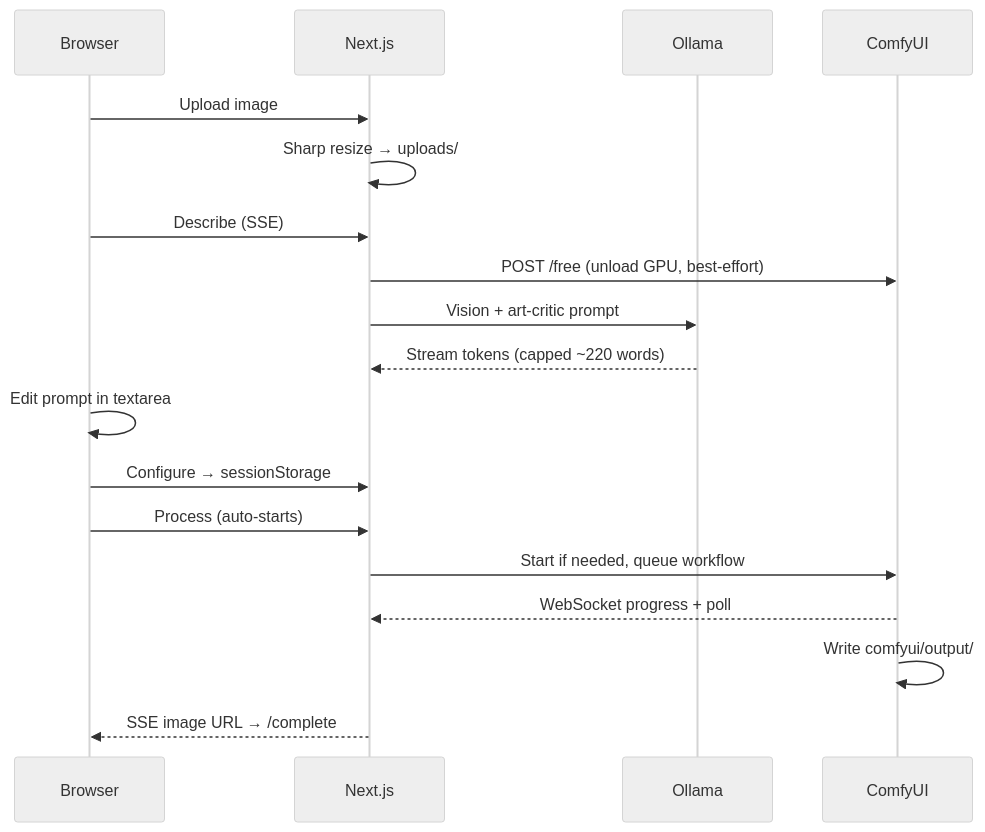
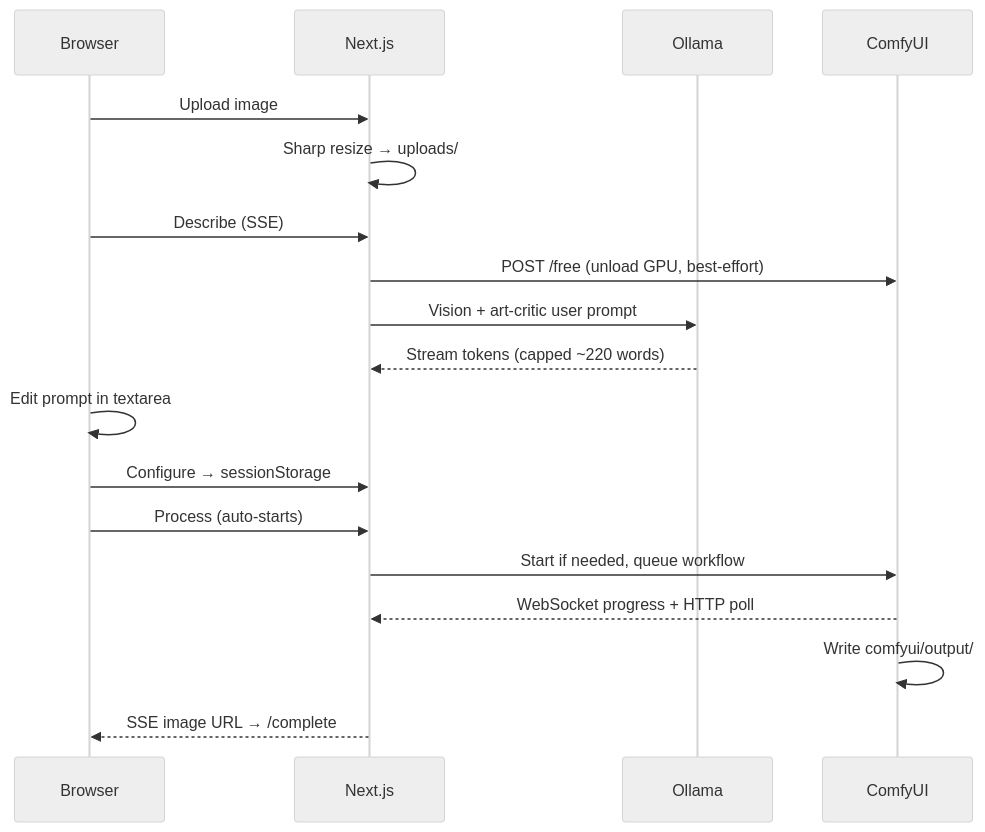
Before and after one commit to johnnaumann/anthroposcenic_001: the first of 2 diagrams in docs/architecture.md, drawn with Mermaid (neutral theme). The commit also changed other lines of this file and 19 other files, not shown here.

````diff
--- a/docs/architecture.md
+++ b/docs/architecture.md
@@ -5,21 +7,21 @@
 ```mermaid
 sequenceDiagram
     participant U as Browser
     participant N as Next.js
     participant O as Ollama
     participant C as ComfyUI
 
     U->>N: Upload image
     N->>N: Sharp resize → uploads/
     U->>N: Describe (SSE)
     N->>C: POST /free (unload GPU, best-effort)
-    N->>O: Vision + art-critic prompt
+    N->>O: Vision + art-critic user prompt
     O-->>N: Stream tokens (capped ~220 words)
     U->>U: Edit prompt in textarea
     U->>N: Configure → sessionStorage
     U->>N: Process (auto-starts)
     N->>C: Start if needed, queue workflow
-    C-->>N: WebSocket progress + poll
+    C-->>N: WebSocket progress + HTTP poll
     C->>C: Write comfyui/output/
     N-->>U: SSE image URL → /complete
 ```
````
